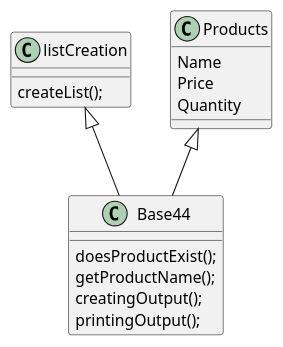
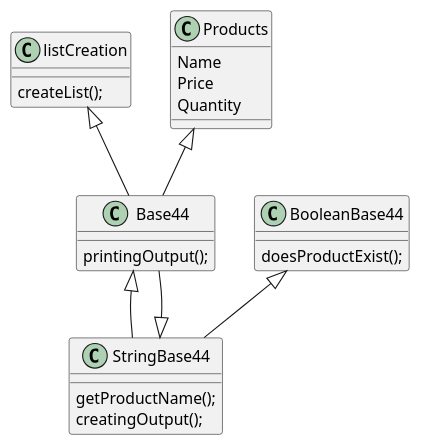
One commit to joshfeds/Federman-cop3330-assignment3 changed the diagram in src/main/java/ex44/base/EX44.puml. Above: the diagram before and after it, drawn with PlantUML. The commit also changed 41 other files, not shown here.

```diff
--- a/src/main/java/ex44/base/EX44.puml
+++ b/src/main/java/ex44/base/EX44.puml
@@ -1,23 +1,28 @@
 @startuml
 'https://plantuml.com/class-diagram
 
 
 listCreation <|-- Base44
 Products <|-- Base44
-
+StringBase44 <|-- Base44
+BooleanBase44 <|-- StringBase44
+Base44 <|-- StringBase44
 class Base44 {
-doesProductExist();
-getProductName();
-creatingOutput();
 printingOutput();
 }
 class Products{
 Name
 Price
 Quantity
 }
 class listCreation {
 createList();
 }
-
+class BooleanBase44{
+doesProductExist();
+}
+class StringBase44{
+getProductName();
+creatingOutput();
+}
 @enduml
```
